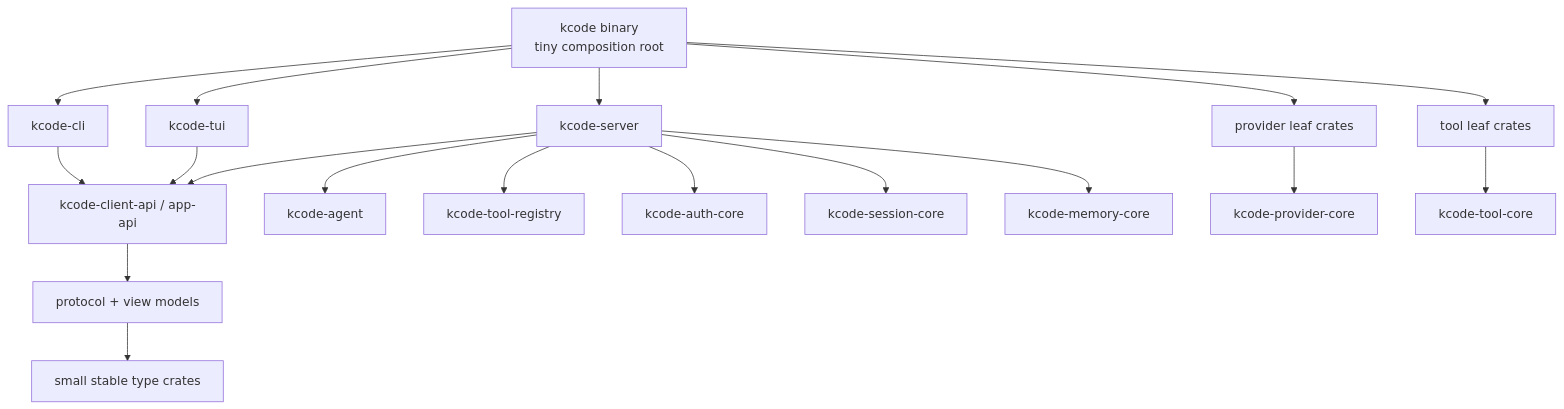
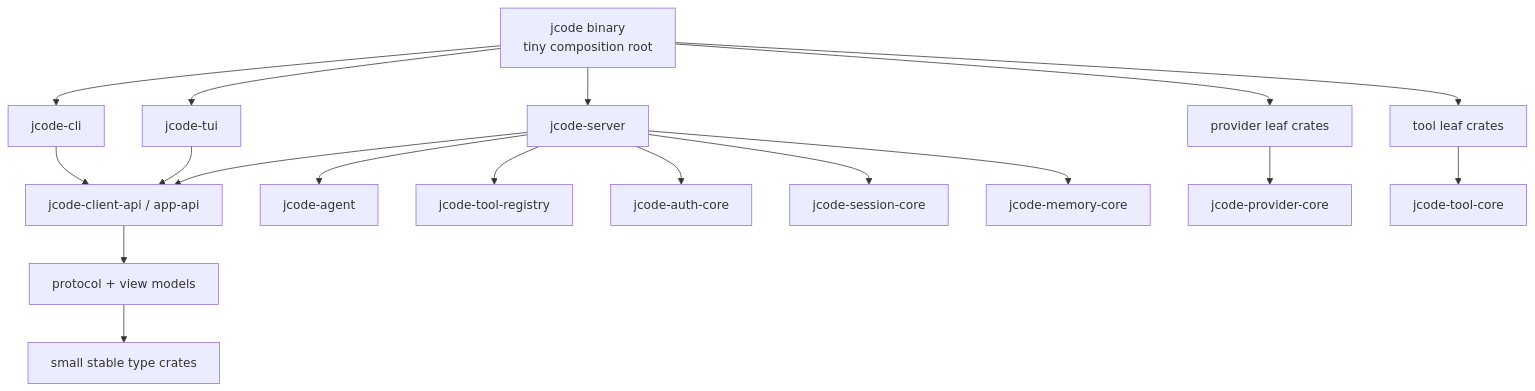
One commit to KooshaPari/KCode changed the second of 2 diagrams in docs/COMPILE_TIME_ISOLATION_REFACTOR.md. Above: the diagram before and after it, drawn with Mermaid. The commit also changed other lines of this file and 3017 other files, not shown here.

First line of the commit message:
Revert "refactor(decollision): rename jcode to kcode (#33)" (#36)

````diff
--- a/docs/COMPILE_TIME_ISOLATION_REFACTOR.md
+++ b/docs/COMPILE_TIME_ISOLATION_REFACTOR.md
@@ -72,24 +72,24 @@
 ```mermaid
 graph TD
-    bin["kcode binary\ntiny composition root"] --> cli["kcode-cli"]
-    bin --> tui["kcode-tui"]
-    bin --> server["kcode-server"]
+    bin["jcode binary\ntiny composition root"] --> cli["jcode-cli"]
+    bin --> tui["jcode-tui"]
+    bin --> server["jcode-server"]
     bin --> providers["provider leaf crates"]
     bin --> tools["tool leaf crates"]
 
-    cli --> api["kcode-client-api / app-api"]
+    cli --> api["jcode-client-api / app-api"]
     tui --> api
     server --> api
 
     api --> protocol["protocol + view models"]
     protocol --> types["small stable type crates"]
 
-    server --> agent["kcode-agent"]
-    server --> registry["kcode-tool-registry"]
-    server --> auth["kcode-auth-core"]
-    server --> session["kcode-session-core"]
-    server --> memory["kcode-memory-core"]
+    server --> agent["jcode-agent"]
+    server --> registry["jcode-tool-registry"]
+    server --> auth["jcode-auth-core"]
+    server --> session["jcode-session-core"]
+    server --> memory["jcode-memory-core"]
 
-    providers --> provider_core["kcode-provider-core"]
-    tools --> tool_core["kcode-tool-core"]
+    providers --> provider_core["jcode-provider-core"]
+    tools --> tool_core["jcode-tool-core"]
 ```
````
